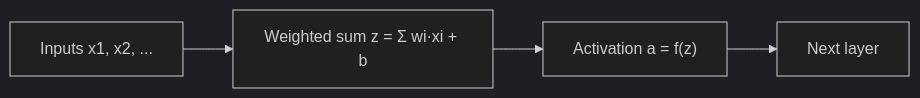
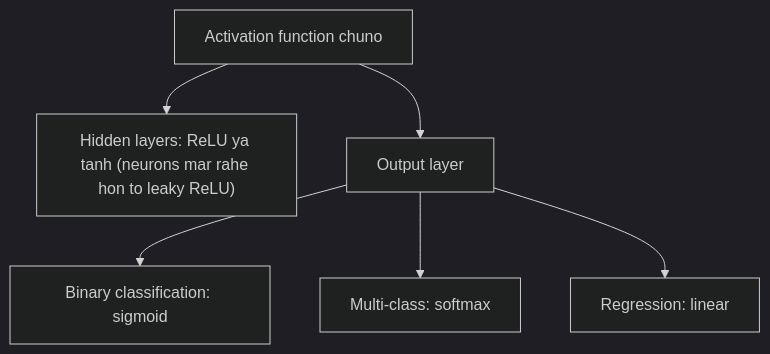
Before and after one commit to TrendySloth1001/sem-seven-notes: the diagram in content/deep-learning/pyq/2024-12/q6a.hi.mdx, drawn with Mermaid (dark theme). The commit also changed other lines of this file and 168 other files, not shown here.

````diff
--- a/content/deep-learning/pyq/2024-12/q6a.hi.mdx
+++ b/content/deep-learning/pyq/2024-12/q6a.hi.mdx
@@ -9,7 +28,9 @@
 ```mermaid
-%% caption: Ek neuron: weighted sum, uske baad activation function, jo sirf non-linear step hai.
-flowchart LR
-  X["Inputs x1, x2, ..."] --> S["Weighted sum z = Σ wi·xi + b"]
-  S --> F["Activation a = f(z)"]
-  F --> N["Next layer"]
+%% caption: Har activation function aam taur par kahan use hota hai.
+flowchart TD
+  A["Activation function chuno"] --> B["Hidden layers: ReLU ya tanh (neurons mar rahe hon to leaky ReLU)"]
+  A --> C["Output layer"]
+  C --> C1["Binary classification: sigmoid"]
+  C --> C2["Multi-class: softmax"]
+  C --> C3["Regression: linear"]
 ```
````
